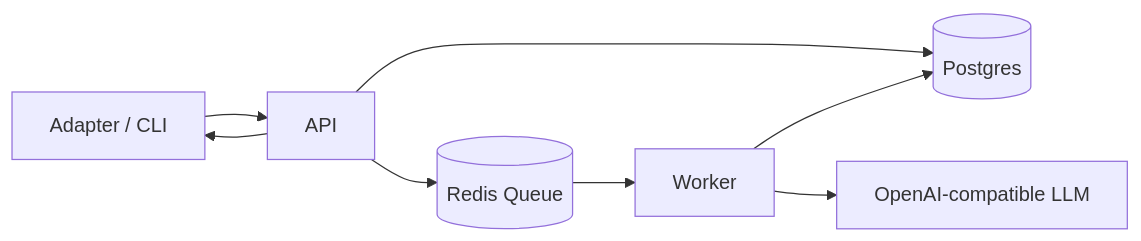
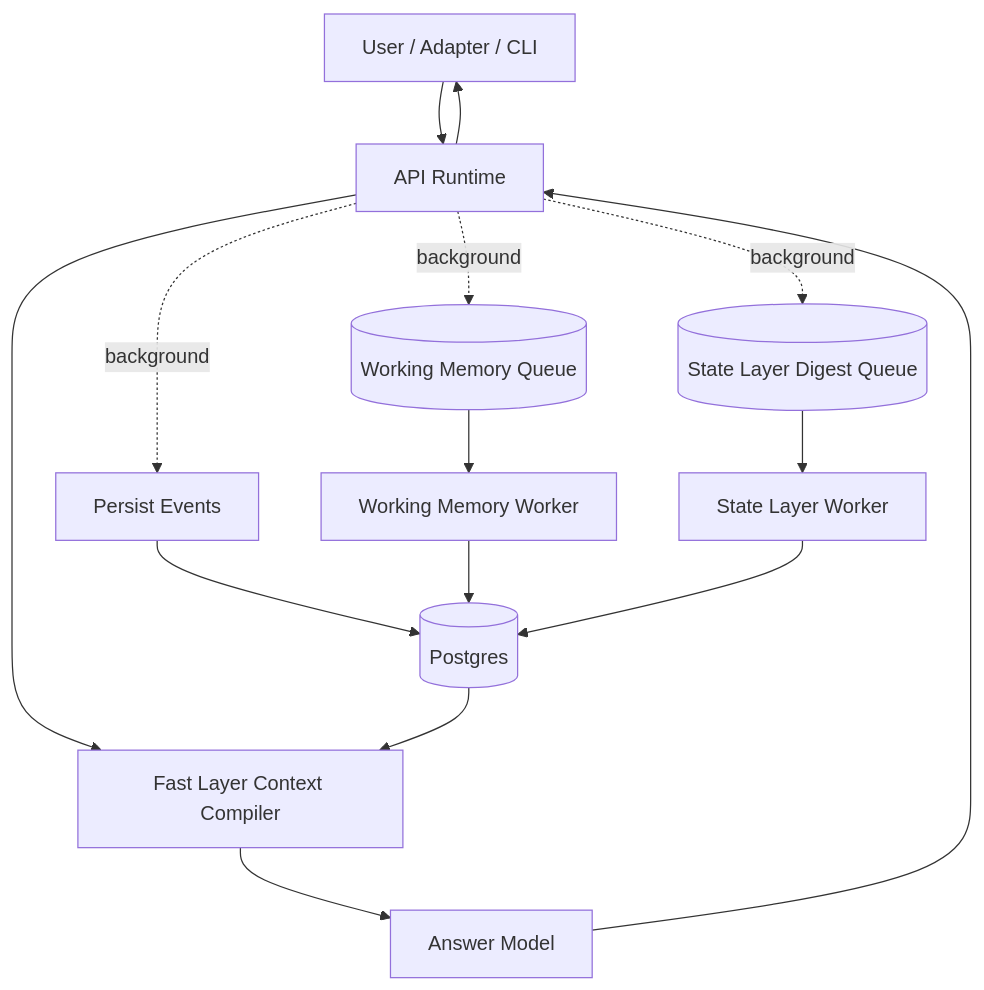
One commit to yul761/StateCore changed the third of 3 diagrams in README.md. Above: the diagram before and after it, drawn with Mermaid. The commit also changed other lines of this file and 6 other files, not shown here.

Commit message:
Document three-layer memory architecture

````diff
--- a/README.md
+++ b/README.md
@@ -279,10 +315,18 @@
 ```mermaid
-flowchart LR
-  U[Adapter / CLI] --> A[API]
-  A --> DB[(Postgres)]
-  A --> Q[(Redis Queue)]
-  Q --> W[Worker]
-  W --> LLM[OpenAI-compatible LLM]
-  W --> DB
+flowchart TD
+  U[User / Adapter / CLI] --> A[API Runtime]
+  A --> F[Fast Layer Context Compiler]
+  F --> LLM[Answer Model]
+  LLM --> A
   A --> U
+
+  A -. background .-> E[Persist Events]
+  E --> DB[(Postgres)]
+  A -. background .-> WMQ[(Working Memory Queue)]
+  A -. background .-> SQ[(State Layer Digest Queue)]
+  WMQ --> WMW[Working Memory Worker]
+  SQ --> SW[State Layer Worker]
+  WMW --> DB
+  SW --> DB
+  DB --> F
 ```
````
